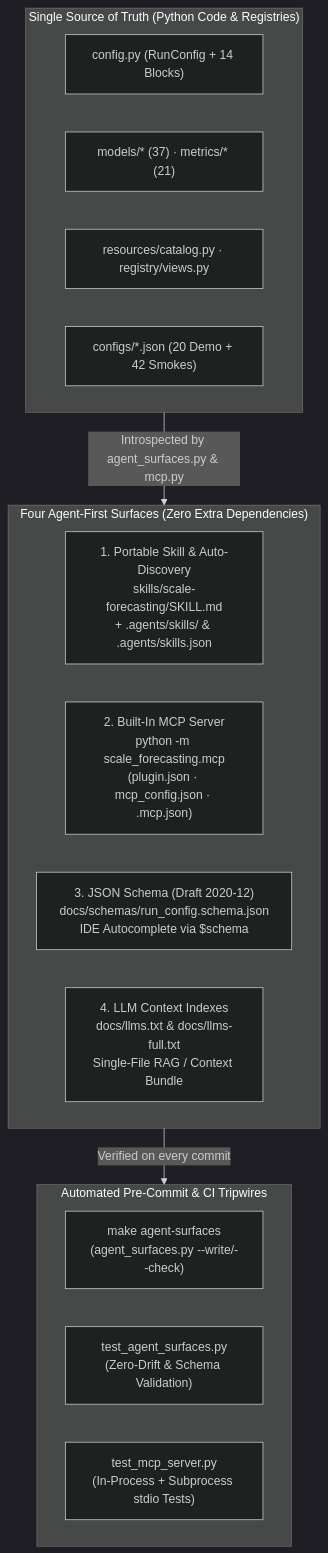
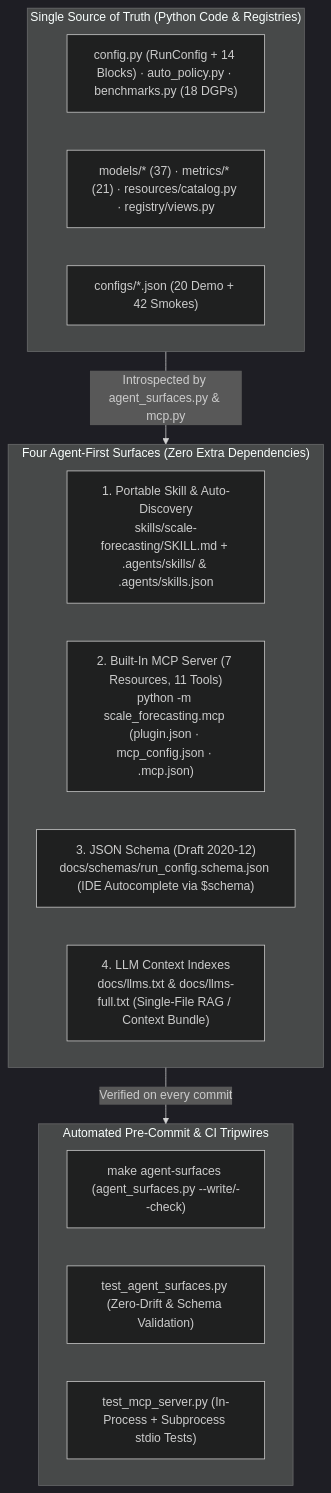
One commit to statmike/scale-forecasting changed the diagram in docs/agent_and_mcp_guide.md. Above: the diagram before and after it, drawn with Mermaid (dark theme). The commit also changed other lines of this file and 45 other files, not shown here.

Commit message:
feat(auto,sdk,mcp,docs): add Glass-Box Auto-Forecaster, multi-branch autofocus, 18 DGPs & 7-Question Practitioner Assessment

````diff
--- a/docs/agent_and_mcp_guide.md
+++ b/docs/agent_and_mcp_guide.md
@@ -5,28 +5,24 @@
 ```mermaid
-flowchart TB
+flowchart TD
     subgraph Truth["Single Source of Truth (Python Code & Registries)"]
-        direction LR
-        T1["config.py (RunConfig + 14 Blocks)"]
-        T2["models/* (37) · metrics/* (21)"]
-        T3["resources/catalog.py · registry/views.py"]
-        T4["configs/*.json (20 Demo + 42 Smokes)"]
+        T1["config.py (RunConfig + 14 Blocks) · auto_policy.py · benchmarks.py (18 DGPs)"]
+        T2["models/* (37) · metrics/* (21) · resources/catalog.py · registry/views.py"]
+        T3["configs/*.json (20 Demo + 42 Smokes)"]
     end
 
     subgraph Surfaces["Four Agent-First Surfaces (Zero Extra Dependencies)"]
-        direction LR
-        S1["1. Portable Skill & Auto-Discovery<br/>skills/scale-forecasting/SKILL.md<br/>+ .agents/skills/ & .agents/skills.json"]
-        S2["2. Built-In MCP Server<br/>python -m scale_forecasting.mcp<br/>(plugin.json · mcp_config.json · .mcp.json)"]
-        S3["3. JSON Schema (Draft 2020-12)<br/>docs/schemas/run_config.schema.json<br/>IDE Autocomplete via $schema"]
-        S4["4. LLM Context Indexes<br/>docs/llms.txt & docs/llms-full.txt<br/>Single-File RAG / Context Bundle"]
+        S1["1. Portable Skill & Auto-Discovery<br/>skills/scale-forecasting/SKILL.md + .agents/skills/ & .agents/skills.json"]
+        S2["2. Built-In MCP Server (7 Resources, 11 Tools)<br/>python -m scale_forecasting.mcp (plugin.json · mcp_config.json · .mcp.json)"]
+        S3["3. JSON Schema (Draft 2020-12)<br/>docs/schemas/run_config.schema.json (IDE Autocomplete via $schema)"]
+        S4["4. LLM Context Indexes<br/>docs/llms.txt & docs/llms-full.txt (Single-File RAG / Context Bundle)"]
     end
 
     subgraph Guard["Automated Pre-Commit & CI Tripwires"]
-        direction LR
-        G1["make agent-surfaces<br/>(agent_surfaces.py --write/--check)"]
-        G2["test_agent_surfaces.py<br/>(Zero-Drift & Schema Validation)"]
-        G3["test_mcp_server.py<br/>(In-Process + Subprocess stdio Tests)"]
+        G1["make agent-surfaces (agent_surfaces.py --write/--check)"]
+        G2["test_agent_surfaces.py (Zero-Drift & Schema Validation)"]
+        G3["test_mcp_server.py (In-Process + Subprocess stdio Tests)"]
     end
 
     Truth -->|"Introspected by agent_surfaces.py & mcp.py"| Surfaces
     Surfaces -->|"Verified on every commit"| Guard
 ```
````
